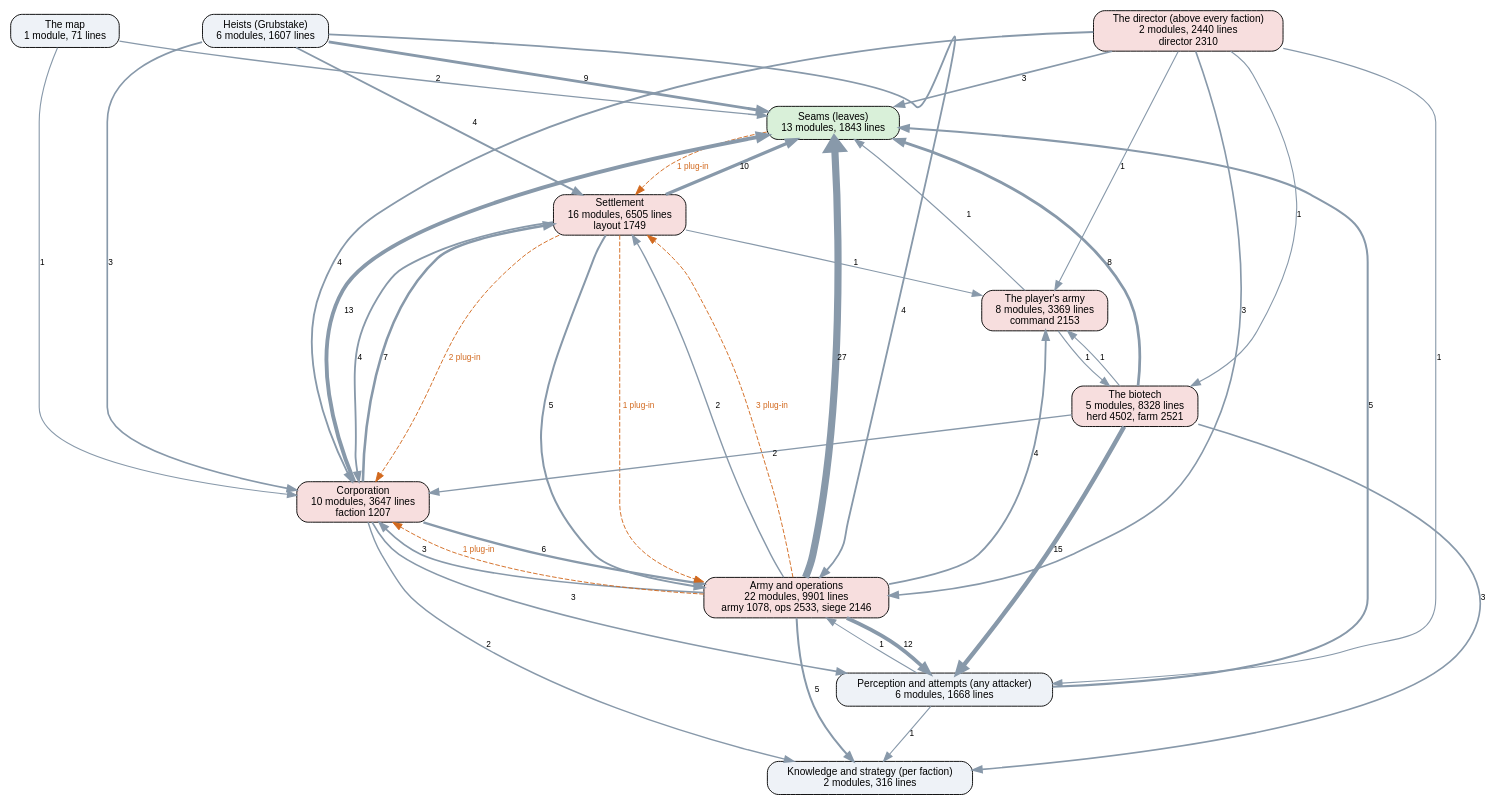
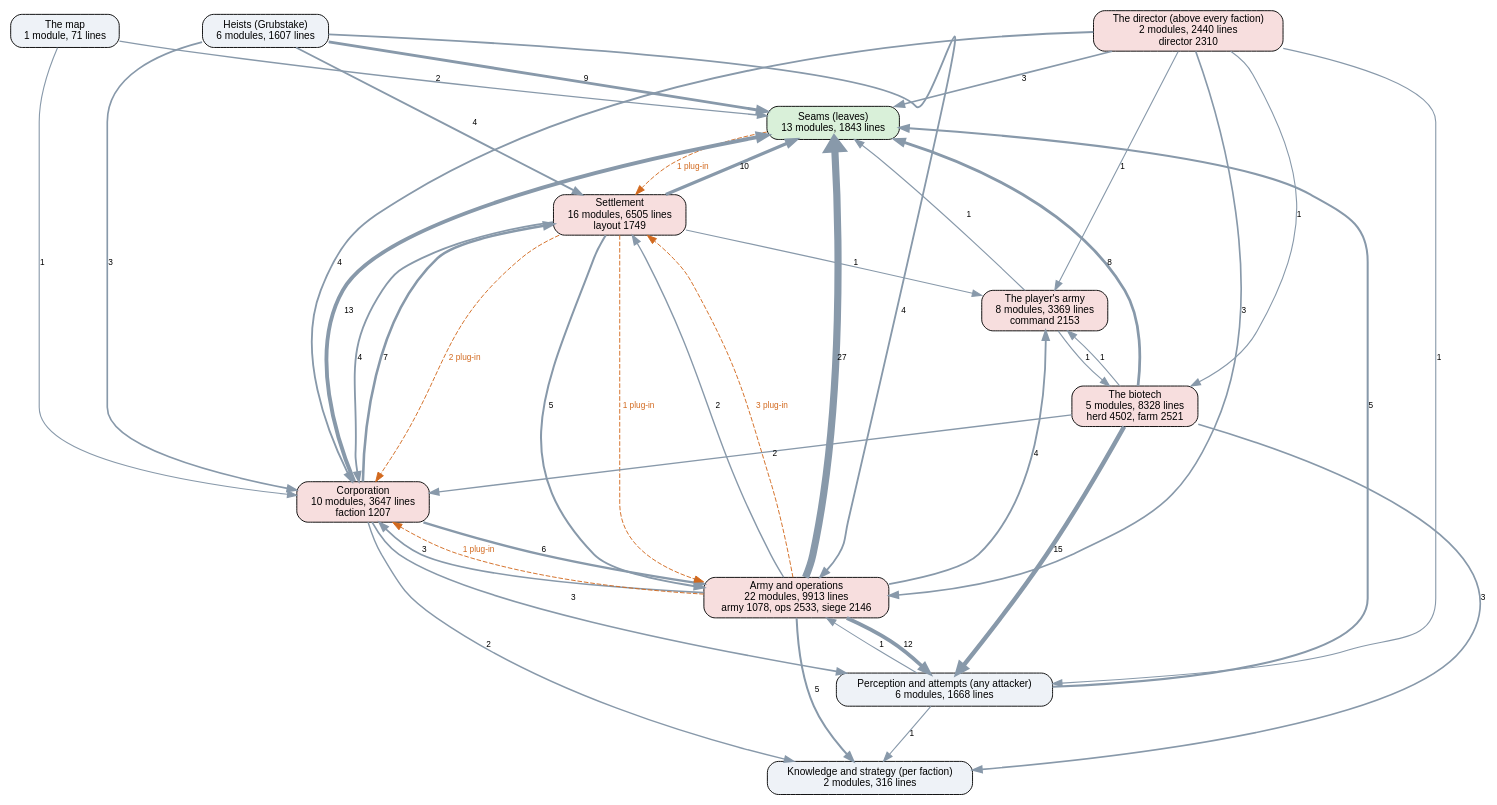
One commit to kinelhu/landing-party changed the diagram in docs/ai-layers.dot. Above: the diagram before and after it, drawn with Graphviz. The commit also changed 13 other files, not shown here.

```diff
--- a/docs/ai-layers.dot
+++ b/docs/ai-layers.dot
@@ -1,58 +1,58 @@
 digraph layers {
   graph [rankdir=TB, fontname="Helvetica", nodesep=0.5, ranksep=0.7];
   node [shape=box, style="rounded,filled", fontname="Helvetica", fontsize=11, fillcolor="#eef2f7"];
   edge [color="#8899aa", fontname="Helvetica", fontsize=9];
   "Seams (leaves)" [label="Seams (leaves)\n13 modules, 1843 lines", fillcolor="#d9f0d9"];
   "Perception and attempts (any attacker)" [label="Perception and attempts (any attacker)\n6 modules, 1668 lines", fillcolor="#eef2f7"];
   "Knowledge and strategy (per faction)" [label="Knowledge and strategy (per faction)\n2 modules, 316 lines", fillcolor="#eef2f7"];
   "The director (above every faction)" [label="The director (above every faction)\n2 modules, 2440 lines\ndirector 2310", fillcolor="#f7dede"];
   "Corporation" [label="Corporation\n10 modules, 3647 lines\nfaction 1207", fillcolor="#f7dede"];
   "Settlement" [label="Settlement\n16 modules, 6505 lines\nlayout 1749", fillcolor="#f7dede"];
-  "Army and operations" [label="Army and operations\n22 modules, 9901 lines\narmy 1078, ops 2533, siege 2146", fillcolor="#f7dede"];
+  "Army and operations" [label="Army and operations\n22 modules, 9913 lines\narmy 1078, ops 2533, siege 2146", fillcolor="#f7dede"];
   "Heists (Grubstake)" [label="Heists (Grubstake)\n6 modules, 1607 lines", fillcolor="#eef2f7"];
   "The biotech" [label="The biotech\n5 modules, 8328 lines\nherd 4502, farm 2521", fillcolor="#f7dede"];
   "The map" [label="The map\n1 module, 71 lines", fillcolor="#eef2f7"];
   "The player's army" [label="The player's army\n8 modules, 3369 lines\ncommand 2153", fillcolor="#f7dede"];
   "Army and operations" -> "Corporation" [label="3", penwidth=1.8];
   "Army and operations" -> "Knowledge and strategy (per faction)" [label="5", penwidth=2.2];
   "Army and operations" -> "Perception and attempts (any attacker)" [label="12", penwidth=4.0];
   "Army and operations" -> "Seams (leaves)" [label="27", penwidth=7.8];
   "Army and operations" -> "Settlement" [label="2", penwidth=1.5];
   "Army and operations" -> "The player's army" [label="4", penwidth=2.0];
   "Corporation" -> "Army and operations" [label="6", penwidth=2.5];
   "Corporation" -> "Knowledge and strategy (per faction)" [label="2", penwidth=1.5];
   "Corporation" -> "Perception and attempts (any attacker)" [label="3", penwidth=1.8];
   "Corporation" -> "Seams (leaves)" [label="13", penwidth=4.2];
   "Corporation" -> "Settlement" [label="7", penwidth=2.8];
   "Heists (Grubstake)" -> "Army and operations" [label="4", penwidth=2.0];
   "Heists (Grubstake)" -> "Corporation" [label="3", penwidth=1.8];
   "Heists (Grubstake)" -> "Seams (leaves)" [label="9", penwidth=3.2];
   "Heists (Grubstake)" -> "Settlement" [label="4", penwidth=2.0];
   "Perception and attempts (any attacker)" -> "Army and operations" [label="1", penwidth=1.2];
   "Perception and attempts (any attacker)" -> "Knowledge and strategy (per faction)" [label="1", penwidth=1.2];
   "Perception and attempts (any attacker)" -> "Seams (leaves)" [label="5", penwidth=2.2];
   "Settlement" -> "Army and operations" [label="5", penwidth=2.2];
   "Settlement" -> "Corporation" [label="4", penwidth=2.0];
   "Settlement" -> "Seams (leaves)" [label="10", penwidth=3.5];
   "Settlement" -> "The player's army" [label="1", penwidth=1.2];
   "The biotech" -> "Corporation" [label="2", penwidth=1.5];
   "The biotech" -> "Knowledge and strategy (per faction)" [label="3", penwidth=1.8];
   "The biotech" -> "Perception and attempts (any attacker)" [label="15", penwidth=4.8];
   "The biotech" -> "Seams (leaves)" [label="8", penwidth=3.0];
   "The biotech" -> "The player's army" [label="1", penwidth=1.2];
   "The director (above every faction)" -> "Army and operations" [label="3", penwidth=1.8];
   "The director (above every faction)" -> "Corporation" [label="4", penwidth=2.0];
   "The director (above every faction)" -> "Perception and attempts (any attacker)" [label="1", penwidth=1.2];
   "The director (above every faction)" -> "Seams (leaves)" [label="3", penwidth=1.8];
   "The director (above every faction)" -> "The biotech" [label="1", penwidth=1.2];
   "The director (above every faction)" -> "The player's army" [label="1", penwidth=1.2];
   "The map" -> "Corporation" [label="1", penwidth=1.2];
   "The map" -> "Seams (leaves)" [label="2", penwidth=1.5];
   "The player's army" -> "Seams (leaves)" [label="1", penwidth=1.2];
   "The player's army" -> "The biotech" [label="1", penwidth=1.2];
   "Army and operations" -> "Corporation" [style=dashed, color="#d2691e", fontcolor="#d2691e", label="1 plug-in"];
   "Army and operations" -> "Settlement" [style=dashed, color="#d2691e", fontcolor="#d2691e", label="3 plug-in"];
   "Seams (leaves)" -> "Settlement" [style=dashed, color="#d2691e", fontcolor="#d2691e", label="1 plug-in"];
   "Settlement" -> "Army and operations" [style=dashed, color="#d2691e", fontcolor="#d2691e", label="1 plug-in"];
   "Settlement" -> "Corporation" [style=dashed, color="#d2691e", fontcolor="#d2691e", label="2 plug-in"];
 }
```
